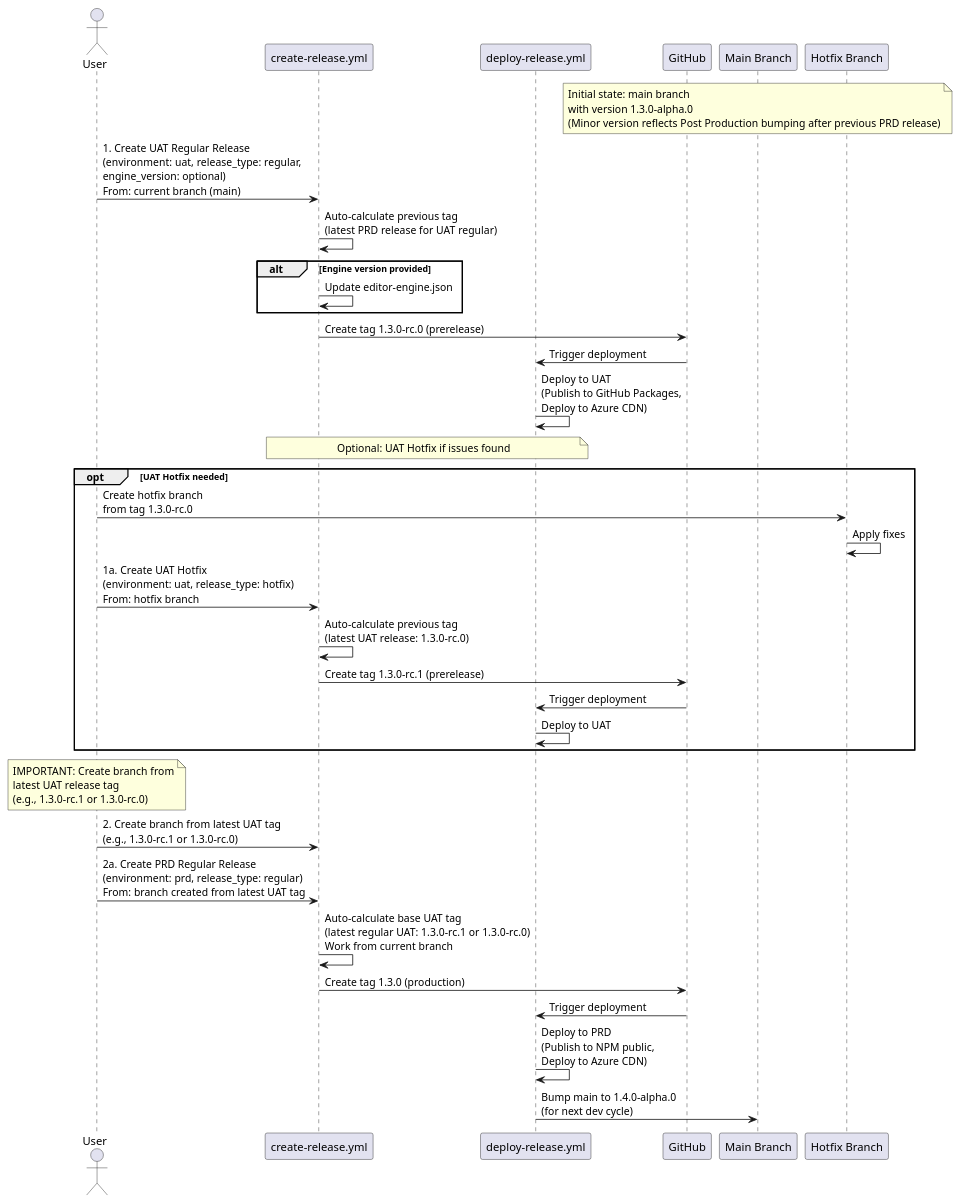
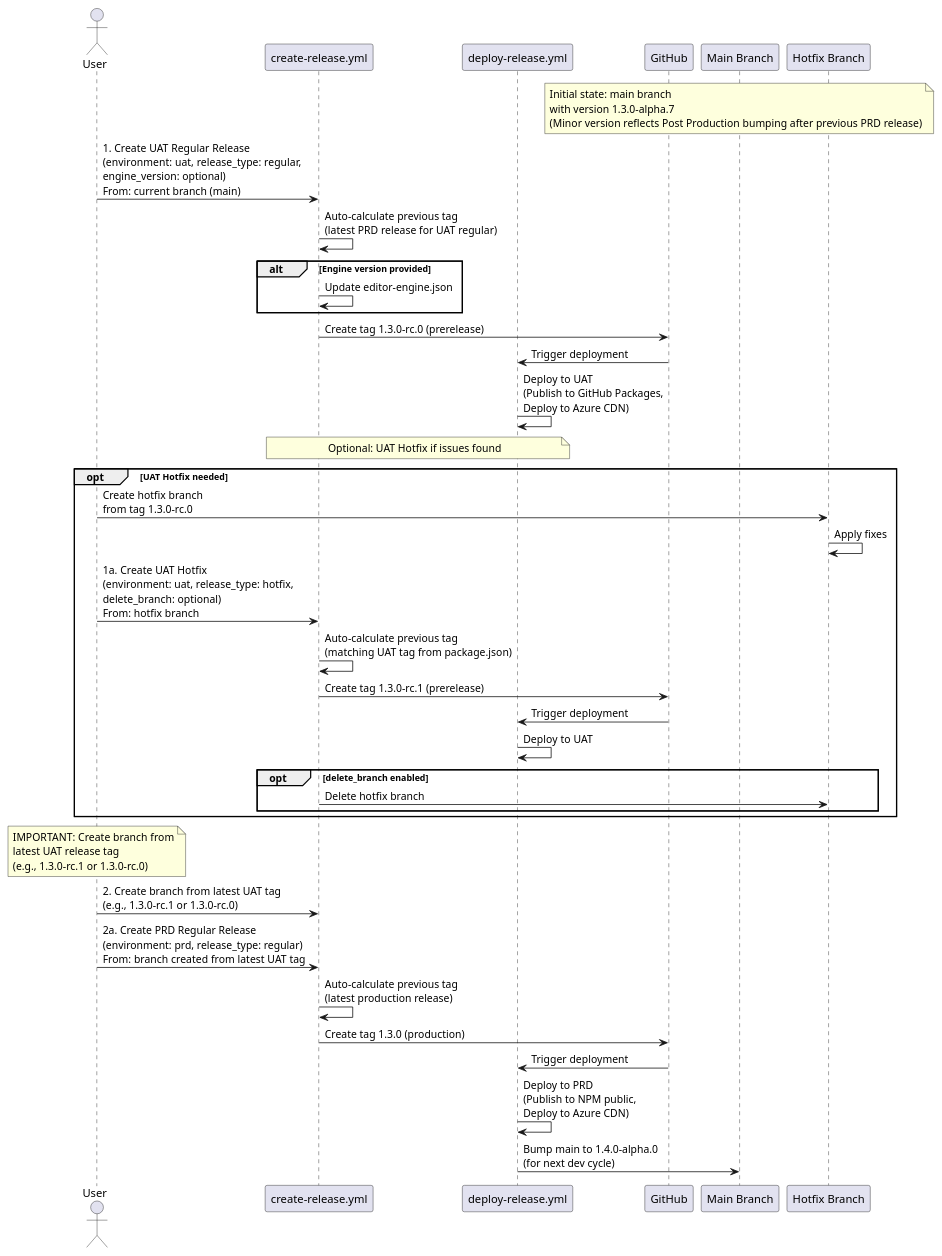
Before and after one commit to chili-publish/studio-sdk: the first of 2 diagrams in RELEASE_PIPELINE.md, drawn with PlantUML. The commit also changed other lines of this file, not shown here.

Commit message:
chore: update release pipeline to reflect latest changes

````diff
--- a/RELEASE_PIPELINE.md
+++ b/RELEASE_PIPELINE.md
@@ -5,43 +5,46 @@
 ```plantuml
 @startuml
 actor User
 participant "create-release.yml" as CreateRelease
 participant "deploy-release.yml" as DeployRelease
 participant "GitHub" as GitHub
 participant "Main Branch" as Main
 participant "Hotfix Branch" as HotfixBranch
 
-note over Main: Initial state: main branch\nwith version 1.3.0-alpha.0\n(Minor version reflects Post Production bumping after previous PRD release)
+note over Main: Initial state: main branch\nwith version 1.3.0-alpha.7\n(Minor version reflects Post Production bumping after previous PRD release)
 
 User -> CreateRelease: 1. Create UAT Regular Release\n(environment: uat, release_type: regular,\nengine_version: optional)\nFrom: current branch (main)
 CreateRelease -> CreateRelease: Auto-calculate previous tag\n(latest PRD release for UAT regular)
 alt Engine version provided
     CreateRelease -> CreateRelease: Update editor-engine.json
 end
 CreateRelease -> GitHub: Create tag 1.3.0-rc.0 (prerelease)
 GitHub -> DeployRelease: Trigger deployment
 DeployRelease -> DeployRelease: Deploy to UAT\n(Publish to GitHub Packages,\nDeploy to Azure CDN)
 
 note over CreateRelease,DeployRelease: Optional: UAT Hotfix if issues found
 
 opt UAT Hotfix needed
     User -> HotfixBranch: Create hotfix branch\nfrom tag 1.3.0-rc.0
     HotfixBranch -> HotfixBranch: Apply fixes
-    User -> CreateRelease: 1a. Create UAT Hotfix\n(environment: uat, release_type: hotfix)\nFrom: hotfix branch
-    CreateRelease -> CreateRelease: Auto-calculate previous tag\n(latest UAT release: 1.3.0-rc.0)
+    User -> CreateRelease: 1a. Create UAT Hotfix\n(environment: uat, release_type: hotfix,\ndelete_branch: optional)\nFrom: hotfix branch
+    CreateRelease -> CreateRelease: Auto-calculate previous tag\n(matching UAT tag from package.json)
     CreateRelease -> GitHub: Create tag 1.3.0-rc.1 (prerelease)
     GitHub -> DeployRelease: Trigger deployment
     DeployRelease -> DeployRelease: Deploy to UAT
+    opt delete_branch enabled
+        CreateRelease -> HotfixBranch: Delete hotfix branch
+    end
 end
 
 note over User: IMPORTANT: Create branch from\nlatest UAT release tag\n(e.g., 1.3.0-rc.1 or 1.3.0-rc.0)
 User -> CreateRelease: 2. Create branch from latest UAT tag\n(e.g., 1.3.0-rc.1 or 1.3.0-rc.0)
 User -> CreateRelease: 2a. Create PRD Regular Release\n(environment: prd, release_type: regular)\nFrom: branch created from latest UAT tag
-CreateRelease -> CreateRelease: Auto-calculate base UAT tag\n(latest regular UAT: 1.3.0-rc.1 or 1.3.0-rc.0)\nWork from current branch
+CreateRelease -> CreateRelease: Auto-calculate previous tag\n(latest production release)
 CreateRelease -> GitHub: Create tag 1.3.0 (production)
 GitHub -> DeployRelease: Trigger deployment
 DeployRelease -> DeployRelease: Deploy to PRD\n(Publish to NPM public,\nDeploy to Azure CDN)
 DeployRelease -> Main: Bump main to 1.4.0-alpha.0\n(for next dev cycle)
 
 @enduml
 ```
````
